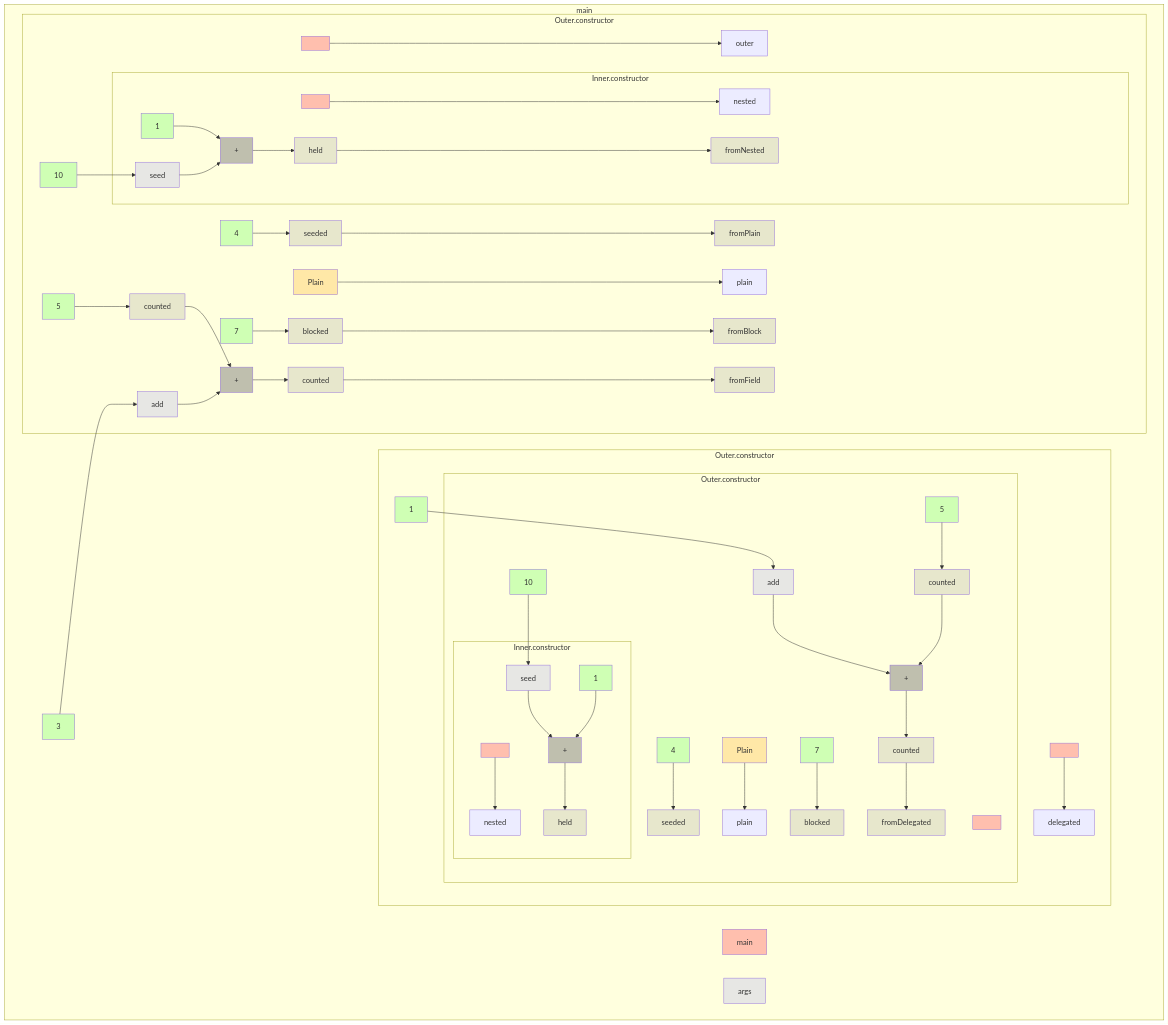
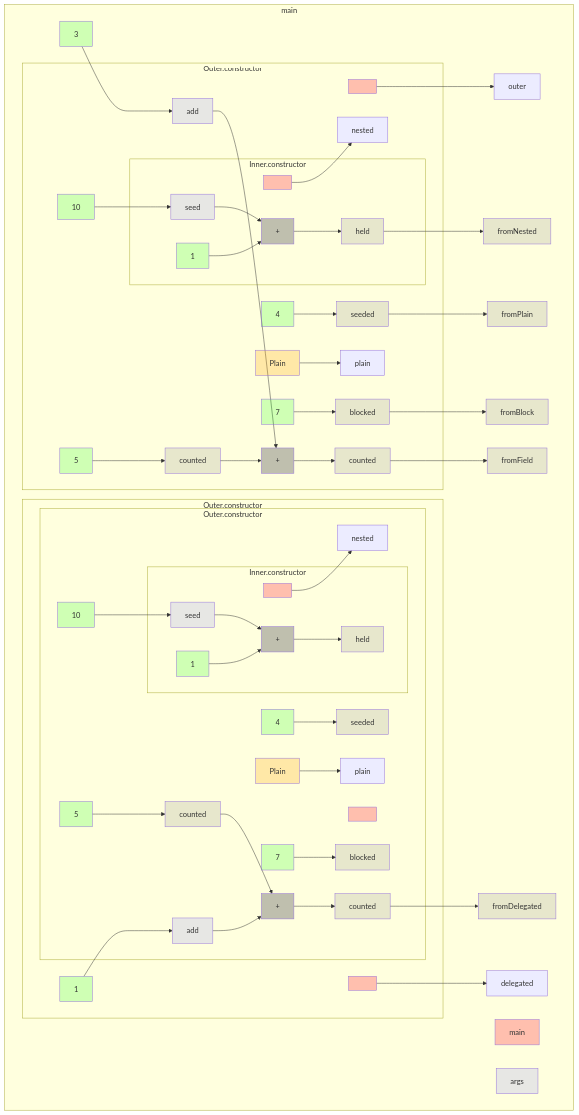
The diagram in app/src/test/resources/fieldInitializer/truth.md (gstiebler/codeflow), drawn with Mermaid before and after one commit. The commit also changed 34 other files, not shown here.

```diff
--- a/app/src/test/resources/fieldInitializer/truth.md
+++ b/app/src/test/resources/fieldInitializer/truth.md
@@ -12,6 +12,13 @@
     n54[delegated]:::OBJ_VARIABLE
     n55[fromDelegated]:::VARIABLE
     n3[3]:::LITERAL --> n6[add]:::FUNC_PARAM
+    n5[<init>]:::RETURN --> n25[outer]:::OBJ_VARIABLE
+    n16[seeded]:::VARIABLE --> n29[fromPlain]:::VARIABLE
+    n22[blocked]:::VARIABLE --> n27[fromBlock]:::VARIABLE
+    n24[counted]:::VARIABLE --> n26[fromField]:::VARIABLE
+    n13[held]:::VARIABLE --> n28[fromNested]:::VARIABLE
+    n31[<init>]:::RETURN --> n54[delegated]:::OBJ_VARIABLE
+    n53[counted]:::VARIABLE --> n55[fromDelegated]:::VARIABLE
     subgraph b4["Outer.constructor"]
       n5[<init>]:::RETURN
       n6[add]:::FUNC_PARAM
@@ -27,35 +34,29 @@
       n22[blocked]:::VARIABLE
       n23[+]:::BIN_OP
       n24[counted]:::VARIABLE
-      n5[<init>]:::RETURN --> n25[outer]:::OBJ_VARIABLE
       n6[add]:::FUNC_PARAM --> n23[+]:::BIN_OP
       n7[10]:::LITERAL --> n10[seed]:::FUNC_PARAM
       n15[4]:::LITERAL --> n16[seeded]:::VARIABLE
-      n16[seeded]:::VARIABLE --> n29[fromPlain]:::VARIABLE
       n17[Plain]:::EXTERNAL --> n18[plain]:::OBJ_VARIABLE
       n19[5]:::LITERAL --> n20[counted]:::VARIABLE
       n20[counted]:::VARIABLE --> n23[+]:::BIN_OP
       n21[7]:::LITERAL --> n22[blocked]:::VARIABLE
-      n22[blocked]:::VARIABLE --> n27[fromBlock]:::VARIABLE
       n23[+]:::BIN_OP --> n24[counted]:::VARIABLE
-      n24[counted]:::VARIABLE --> n26[fromField]:::VARIABLE
+      n9[<init>]:::RETURN --> n14[nested]:::OBJ_VARIABLE
       subgraph b8["Inner.constructor"]
         n9[<init>]:::RETURN
         n10[seed]:::FUNC_PARAM
         n11[1]:::LITERAL
         n12[+]:::BIN_OP
         n13[held]:::VARIABLE
-        n9[<init>]:::RETURN --> n14[nested]:::OBJ_VARIABLE
         n10[seed]:::FUNC_PARAM --> n12[+]:::BIN_OP
         n11[1]:::LITERAL --> n12[+]:::BIN_OP
         n12[+]:::BIN_OP --> n13[held]:::VARIABLE
-        n13[held]:::VARIABLE --> n28[fromNested]:::VARIABLE
       end
     end
     subgraph b30["Outer.constructor"]
       n31[<init>]:::RETURN
       n32[1]:::LITERAL
-      n31[<init>]:::RETURN --> n54[delegated]:::OBJ_VARIABLE
       n32[1]:::LITERAL --> n35[add]:::FUNC_PARAM
       subgraph b33["Outer.constructor"]
         n34[<init>]:::RETURN
@@ -80,14 +81,13 @@
         n49[counted]:::VARIABLE --> n52[+]:::BIN_OP
         n50[7]:::LITERAL --> n51[blocked]:::VARIABLE
         n52[+]:::BIN_OP --> n53[counted]:::VARIABLE
-        n53[counted]:::VARIABLE --> n55[fromDelegated]:::VARIABLE
+        n38[<init>]:::RETURN --> n43[nested]:::OBJ_VARIABLE
         subgraph b37["Inner.constructor"]
           n38[<init>]:::RETURN
           n39[seed]:::FUNC_PARAM
           n40[1]:::LITERAL
           n41[+]:::BIN_OP
           n42[held]:::VARIABLE
-          n38[<init>]:::RETURN --> n43[nested]:::OBJ_VARIABLE
           n39[seed]:::FUNC_PARAM --> n41[+]:::BIN_OP
           n40[1]:::LITERAL --> n41[+]:::BIN_OP
           n41[+]:::BIN_OP --> n42[held]:::VARIABLE
```
